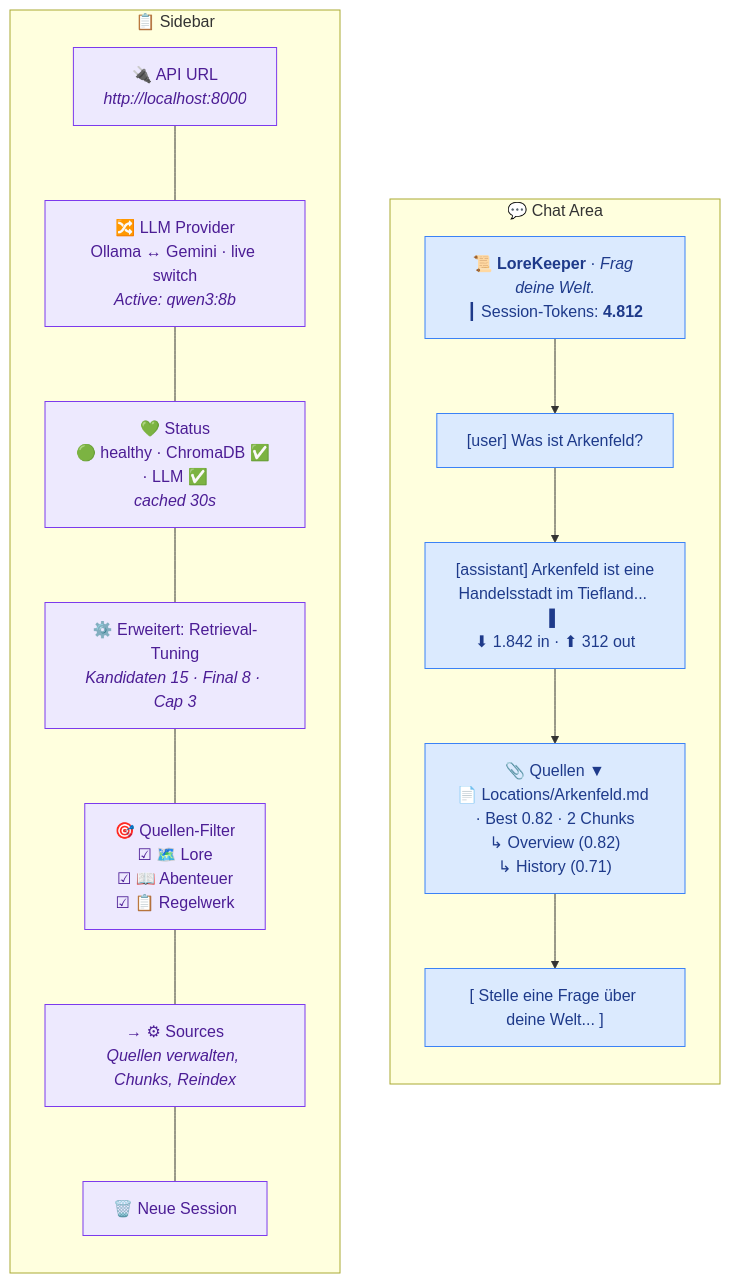
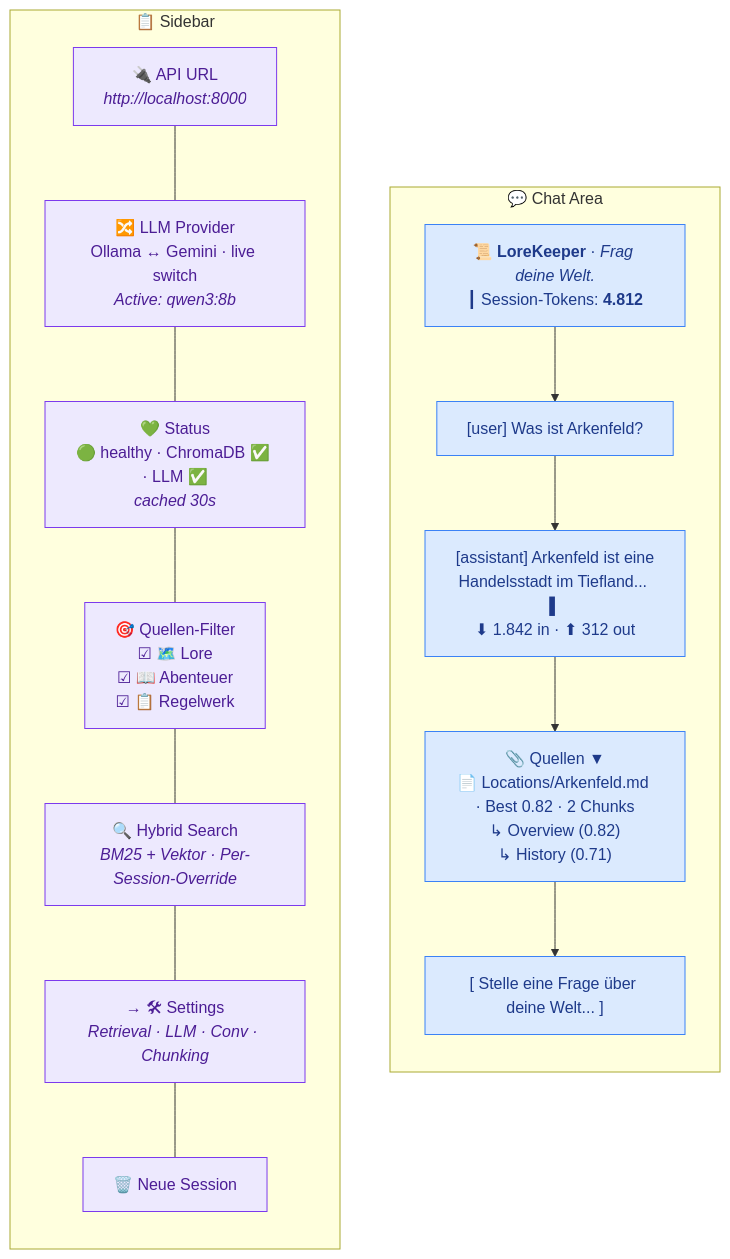
The first of 2 diagrams in docs/ui-ux.md (FabianHentrich/lorekeeper), drawn with Mermaid before and after one commit. The commit also changed other lines of this file and 14 other files, not shown here.

````diff
--- a/docs/ui-ux.md
+++ b/docs/ui-ux.md
@@ -20,31 +21,31 @@
 ```mermaid
 flowchart LR
     subgraph SIDEBAR["📋 Sidebar"]
         direction TB
         S1["🔌 API URL<br/><i>http://localhost:8000</i>"]
         S2["🔀 LLM Provider<br/>Ollama ↔ Gemini · live switch<br/><i>Active: qwen3:8b</i>"]
         S3["💚 Status<br/>🟢 healthy · ChromaDB ✅ · LLM ✅<br/><i>cached 30s</i>"]
-        S4["⚙️ Erweitert: Retrieval-Tuning<br/><i>Kandidaten 15 · Final 8 · Cap 3</i>"]
-        S5["🎯 Quellen-Filter<br/>☑ 🗺️ Lore<br/>☑ 📖 Abenteuer<br/>☑ 📋 Regelwerk"]
-        S6["→ ⚙ Sources<br/><i>Quellen verwalten, Chunks, Reindex</i>"]
+        S4["🎯 Quellen-Filter<br/>☑ 🗺️ Lore<br/>☑ 📖 Abenteuer<br/>☑ 📋 Regelwerk"]
+        S5["🔍 Hybrid Search<br/><i>BM25 + Vektor · Per-Session-Override</i>"]
+        S6["→ 🛠 Settings<br/><i>Retrieval · LLM · Conv · Chunking</i>"]
         S7["🗑️ Neue Session"]
         S1 --- S2 --- S3 --- S4 --- S5 --- S6 --- S7
     end
 
     subgraph CHAT["💬 Chat Area"]
         direction TB
         C1["📜 <b>LoreKeeper</b> · <i>Frag deine Welt.</i><br/>┃ Session-Tokens: <b>4.812</b>"]
         C2["[user] Was ist Arkenfeld?"]
         C3["[assistant] Arkenfeld ist eine<br/>Handelsstadt im Tiefland... ▌<br/>⬇ 1.842 in · ⬆ 312 out"]
         C4["📎 Quellen ▼<br/>📄 Locations/Arkenfeld.md · Best 0.82 · 2 Chunks<br/>↳ Overview (0.82)<br/>↳ History (0.71)"]
         C5["[ Stelle eine Frage über deine Welt... ]"]
         C1 --> C2 --> C3 --> C4 --> C5
     end
 
     SIDEBAR ~~~ CHAT
 
     classDef side fill:#ede9fe,stroke:#7c3aed,color:#4c1d95
     classDef chat fill:#dbeafe,stroke:#3b82f6,color:#1e3a8a
     class S1,S2,S3,S4,S5,S6,S7 side
     class C1,C2,C3,C4,C5 chat
 ```
````
